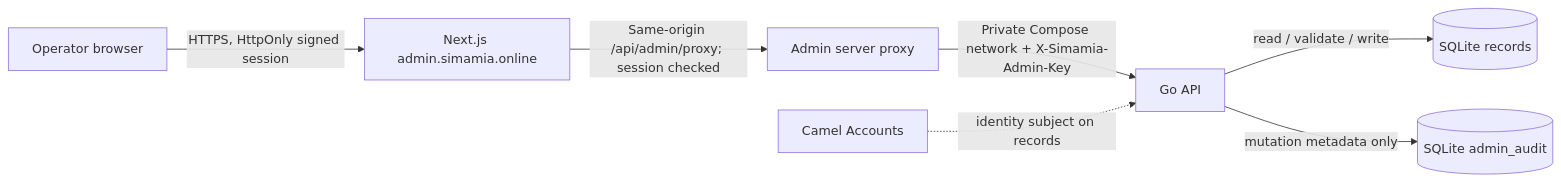
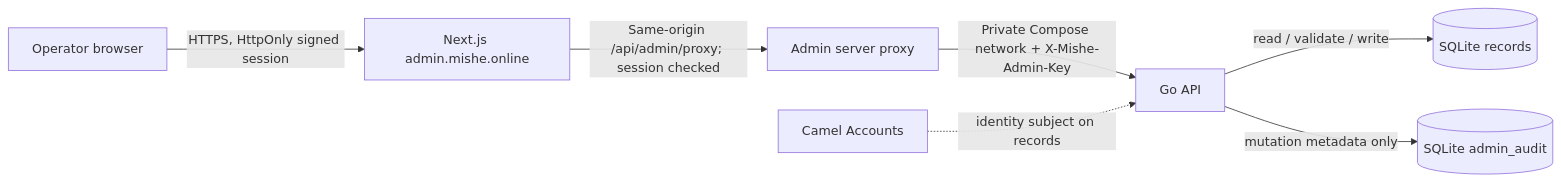
The diagram in docs/admin-console.md (troubleman96/SIMAMIA-free), drawn with Mermaid before and after one commit. The commit also changed other lines of this file and 12 other files, not shown here.

````diff
--- a/docs/admin-console.md
+++ b/docs/admin-console.md
@@ -7,9 +7,9 @@
 ```mermaid
 flowchart LR
-  Operator[Operator browser] -->|HTTPS, HttpOnly signed session| Admin[Next.js admin.simamia.online]
+  Operator[Operator browser] -->|HTTPS, HttpOnly signed session| Admin[Next.js admin.mishe.online]
   Admin -->|Same-origin /api/admin/proxy; session checked| Proxy[Admin server proxy]
-  Proxy -->|Private Compose network + X-Simamia-Admin-Key| API[Go API]
+  Proxy -->|Private Compose network + X-Mishe-Admin-Key| API[Go API]
   API -->|read / validate / write| SQLite[(SQLite records)]
   API -->|mutation metadata only| Audit[(SQLite admin_audit)]
   Camel[Camel Accounts] -. identity subject on records .-> API
 ```
````
